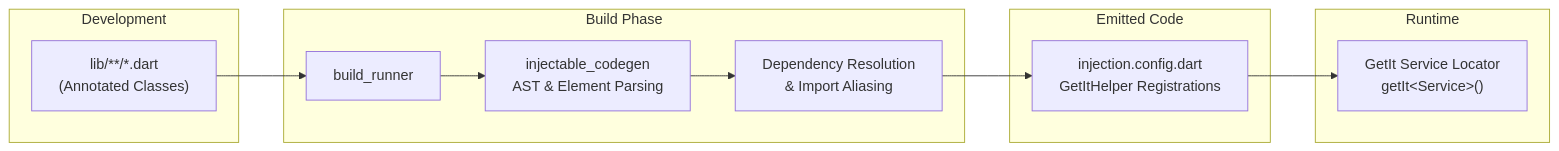
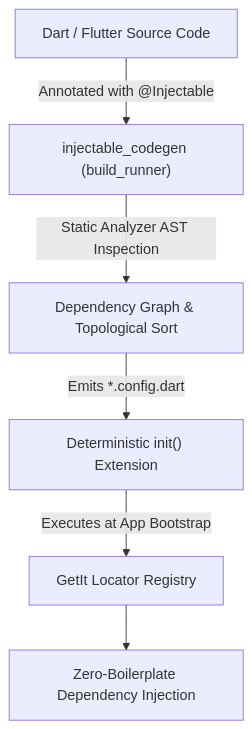
The diagram in docs/content/docs/_index.md (chornthorn/injectable-dart), drawn with Mermaid before and after one commit. The commit also changed other lines of this file and 20 other files, not shown here.

````diff
--- a/docs/content/docs/_index.md
+++ b/docs/content/docs/_index.md
@@ -32,20 +51,8 @@
 ```mermaid
-flowchart LR
-    subgraph Development
-        A["lib/**/*.dart<br/>(Annotated Classes)"]
-    end
-    subgraph Build Phase
-        B["build_runner"] --> C["injectable_codegen<br/>AST & Element Parsing"]
-        C --> D["Dependency Resolution<br/>& Import Aliasing"]
-    end
-    subgraph Emitted Code
-        E["injection.config.dart<br/>GetItHelper Registrations"]
-    end
-    subgraph Runtime
-        F["GetIt Service Locator<br/>getIt&lt;Service&gt;()"]
-    end
-
-    A --> B
-    D --> E
-    E --> F
+graph TD
+    A["Dart / Flutter Source Code"] -->|"Annotated with @Injectable"| B["injectable_codegen (build_runner)"]
+    B -->|"Static Analyzer AST Inspection"| C["Dependency Graph & Topological Sort"]
+    C -->|"Emits *.config.dart"| D["Deterministic init() Extension"]
+    D -->|"Executes at App Bootstrap"| E["GetIt Locator Registry"]
+    E --> F["Zero-Boilerplate Dependency Injection"]
 ```
````
